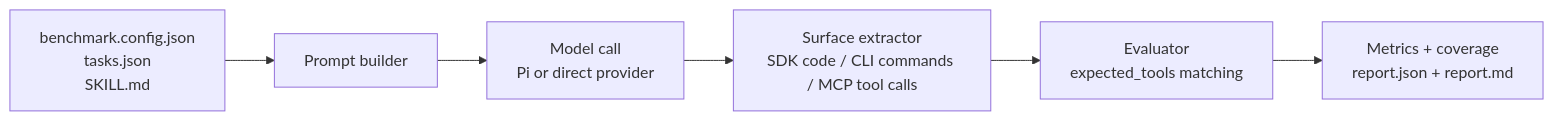
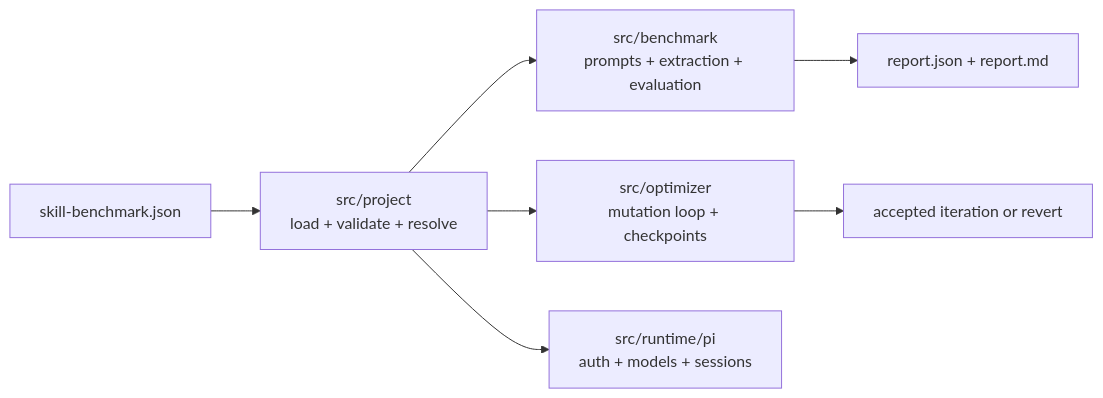
Before and after one commit to fastxyz/skill-optimizer: the diagram in README.md, drawn with Mermaid. The commit also changed other lines of this file and 107 other files, not shown here.

Commit message:
feat: unify benchmark and optimizer around project configs

````diff
--- a/README.md
+++ b/README.md
@@ -19,8 +33,9 @@
 ```mermaid
 flowchart LR
-    A[benchmark.config.json\ntasks.json\nSKILL.md] --> B[Prompt builder]
-    B --> C[Model call\nPi or direct provider]
-    C --> D[Surface extractor\nSDK code / CLI commands / MCP tool calls]
-    D --> E[Evaluator\nexpected_tools matching]
-    E --> F[Metrics + coverage\nreport.json + report.md]
+    A[skill-benchmark.json] --> B[src/project\nload + validate + resolve]
+    B --> C[src/benchmark\nprompts + extraction + evaluation]
+    B --> D[src/optimizer\nmutation loop + checkpoints]
+    B --> E[src/runtime/pi\nauth + models + sessions]
+    C --> F[report.json + report.md]
+    D --> G[accepted iteration or revert]
 ```
````
